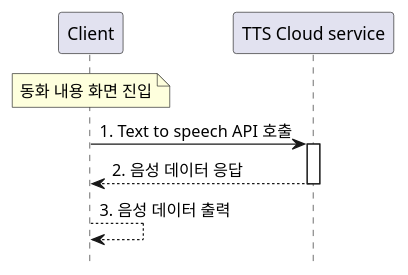
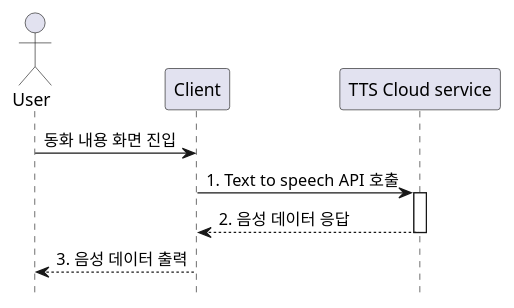
One commit to judy-juyeon-park/KTP522 changed the diagram in US_LV2_03.wsd. Above: the diagram before and after it, drawn with PlantUML. The commit also changed 3 other files, not shown here.

```diff
--- a/US_LV2_03.wsd
+++ b/US_LV2_03.wsd
@@ -1,21 +1,22 @@
 @startuml lv2_us03
 /'
 동화 음성 재생 하기
 CLI10 음성 재생 기능
 '/
 hide footbox
 
+actor User as usr
 participant Client as cli
 participant "TTS Cloud service" as cloud
 
-note over cli : 동화 내용 화면 진입
+usr -> cli : 동화 내용 화면 진입
 cli -> cloud : 1. Text to speech API 호출
 
 activate cloud
 
 cloud --> cli : 2. 음성 데이터 응답
 deactivate cloud
 
-cli --> cli : 3. 음성 데이터 출력
+cli --> usr : 3. 음성 데이터 출력
 
 @enduml
```
